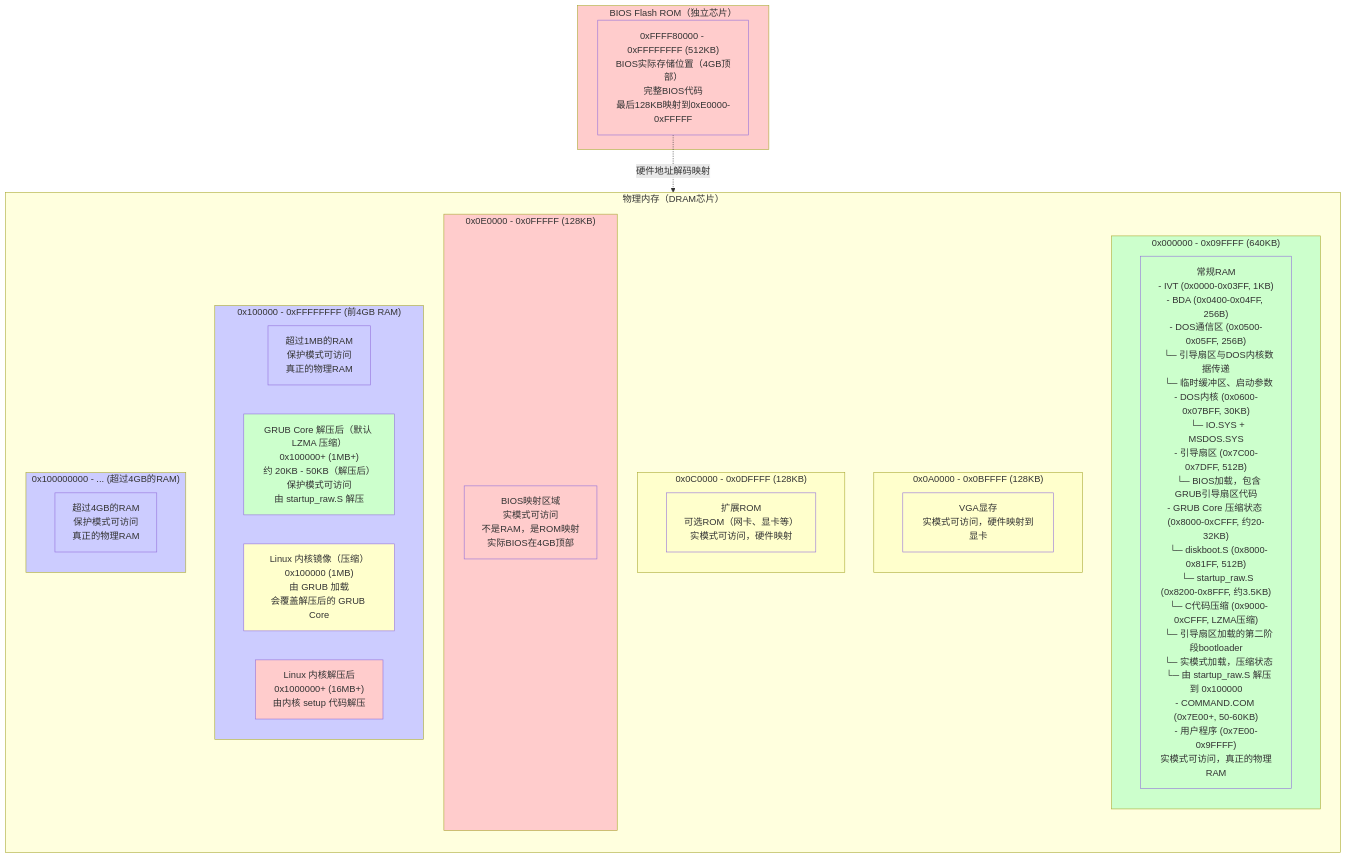
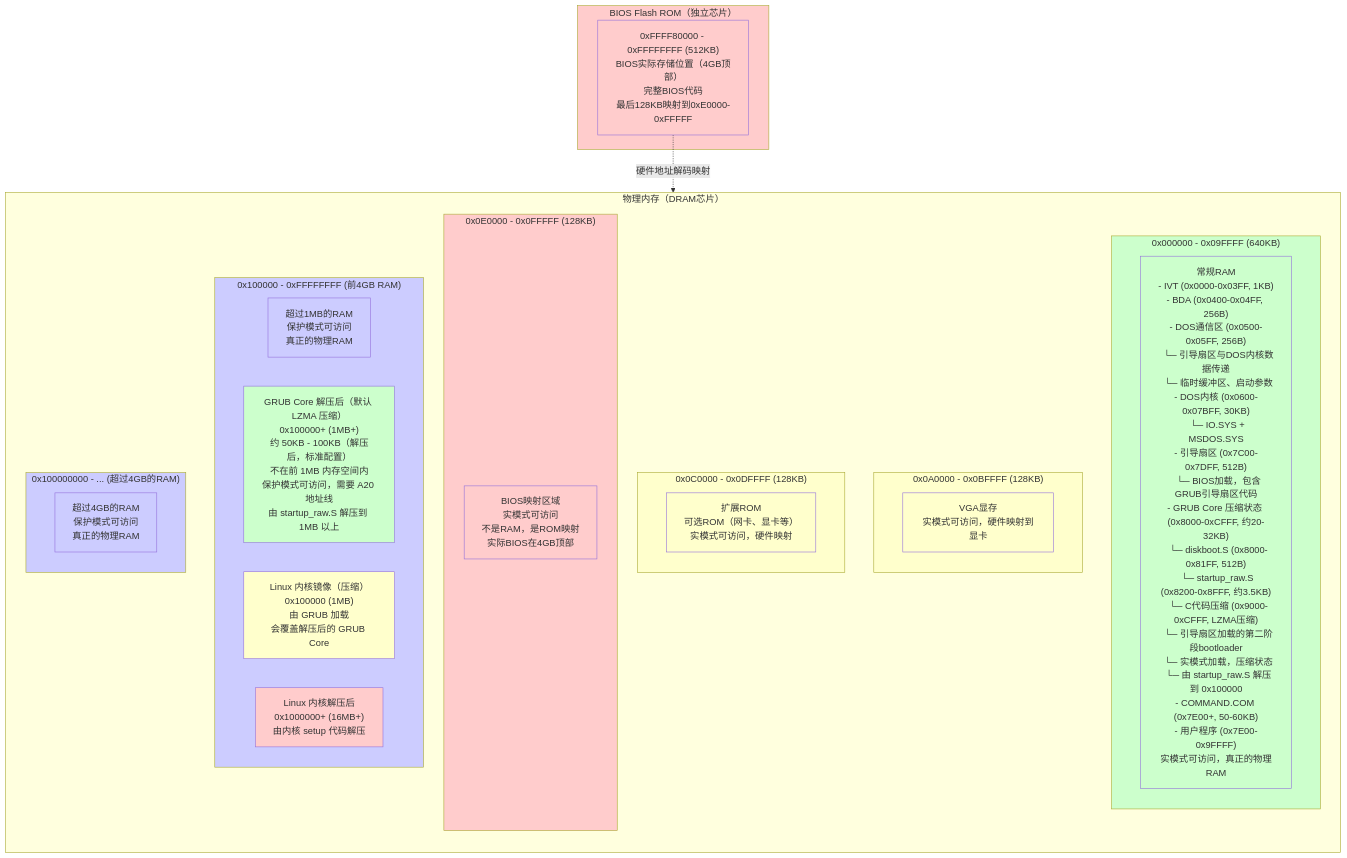
The diagram in BIOS_MEMORY_LAYOUT.md (liweinan/bootimage-example), drawn with Mermaid before and after one commit. The commit also changed other lines of this file, not shown here.

First line of the commit message:
更新 BIOS_MEMORY_LAYOUT.md：明确 GRUB Core 解压后大小和位置

````diff
--- a/BIOS_MEMORY_LAYOUT.md
+++ b/BIOS_MEMORY_LAYOUT.md
@@ -287,57 +287,57 @@
    ```mermaid
    flowchart TB
        subgraph DRAM["物理内存（DRAM芯片）"]
            direction TB
            
            subgraph Low640KB["0x000000 - 0x09FFFF (640KB)"]
                LowRAM["常规RAM<br/>- IVT (0x0000-0x03FF, 1KB)<br/>- BDA (0x0400-0x04FF, 256B)<br/>- DOS通信区 (0x0500-0x05FF, 256B)<br/>  └─ 引导扇区与DOS内核数据传递<br/>  └─ 临时缓冲区、启动参数<br/>- DOS内核 (0x0600-0x07BFF, 30KB)<br/>  └─ IO.SYS + MSDOS.SYS<br/>- 引导扇区 (0x7C00-0x7DFF, 512B)<br/>  └─ BIOS加载，包含GRUB引导扇区代码<br/>- GRUB Core 压缩状态 (0x8000-0xCFFF, 约20-32KB)<br/>  └─ diskboot.S (0x8000-0x81FF, 512B)<br/>  └─ startup_raw.S (0x8200-0x8FFF, 约3.5KB)<br/>  └─ C代码压缩 (0x9000-0xCFFF, LZMA压缩)<br/>  └─ 引导扇区加载的第二阶段bootloader<br/>  └─ 实模式加载，压缩状态<br/>  └─ 由 startup_raw.S 解压到 0x100000<br/>- COMMAND.COM (0x7E00+, 50-60KB)<br/>- 用户程序 (0x7E00-0x9FFFF)<br/>实模式可访问，真正的物理RAM"]
            end
            
            subgraph VGARAM["0x0A0000 - 0x0BFFFF (128KB)"]
                VGAMem["VGA显存<br/>实模式可访问，硬件映射到显卡"]
            end
            
            subgraph ExtROM["0x0C0000 - 0x0DFFFF (128KB)"]
                OptionROM["扩展ROM<br/>可选ROM（网卡、显卡等）<br/>实模式可访问，硬件映射"]
            end
            
            subgraph BIOSMap["0x0E0000 - 0x0FFFFF (128KB)"]
                BIOSMapped["BIOS映射区域<br/>实模式可访问<br/>不是RAM，是ROM映射<br/>实际BIOS在4GB顶部"]
            end
            
            subgraph Above1MB["0x100000 - 0xFFFFFFFF (前4GB RAM)"]
                RAM4GB["超过1MB的RAM<br/>保护模式可访问<br/>真正的物理RAM"]
-               GRUBDecomp["GRUB Core 解压后（默认 LZMA 压缩）<br/>0x100000+ (1MB+)<br/>约 20KB - 50KB（解压后）<br/>保护模式可访问<br/>由 startup_raw.S 解压"]
+               GRUBDecomp["GRUB Core 解压后（默认 LZMA 压缩）<br/>0x100000+ (1MB+)<br/>约 50KB - 100KB（解压后，标准配置）<br/>不在前 1MB 内存空间内<br/>保护模式可访问，需要 A20 地址线<br/>由 startup_raw.S 解压到 1MB 以上"]
                KernelLoad["Linux 内核镜像（压缩）<br/>0x100000 (1MB)<br/>由 GRUB 加载<br/>会覆盖解压后的 GRUB Core"]
                KernelDecomp["Linux 内核解压后<br/>0x1000000+ (16MB+)<br/>由内核 setup 代码解压"]
            end
            
            subgraph Above4GB["0x100000000 - ... (超过4GB的RAM)"]
                RAM8GB["超过4GB的RAM<br/>保护模式可访问<br/>真正的物理RAM"]
            end
        end
        
        subgraph BIOSROM["BIOS Flash ROM（独立芯片）"]
            BIOSFull["0xFFFF80000 - 0xFFFFFFFF (512KB)<br/>BIOS实际存储位置（4GB顶部）<br/>完整BIOS代码<br/>最后128KB映射到0xE0000-0xFFFFF"]
        end
        
        BIOSFull -.->|"硬件地址解码映射"| BIOSMapped
        
        style Low640KB fill:#ccffcc
        style LowRAM fill:#ccffcc
        style VGARAM fill:#ffffcc
        style VGAMem fill:#ffffcc
        style ExtROM fill:#ffffcc
        style OptionROM fill:#ffffcc
        style BIOSMap fill:#ffcccc
        style BIOSMapped fill:#ffcccc
        style Above1MB fill:#ccccff
        style RAM4GB fill:#ccccff
        style GRUBDecomp fill:#ccffcc
        style KernelLoad fill:#ffffcc
        style KernelDecomp fill:#ffcccc
        style Above4GB fill:#ccccff
        style RAM8GB fill:#ccccff
        style BIOSROM fill:#ffcccc
        style BIOSFull fill:#ffcccc
    ```
````
